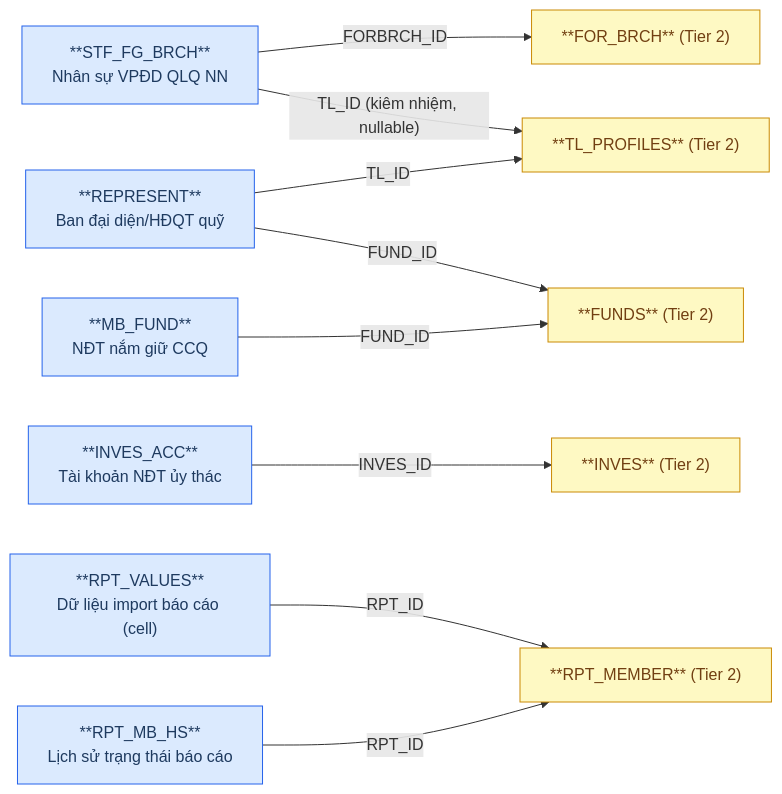
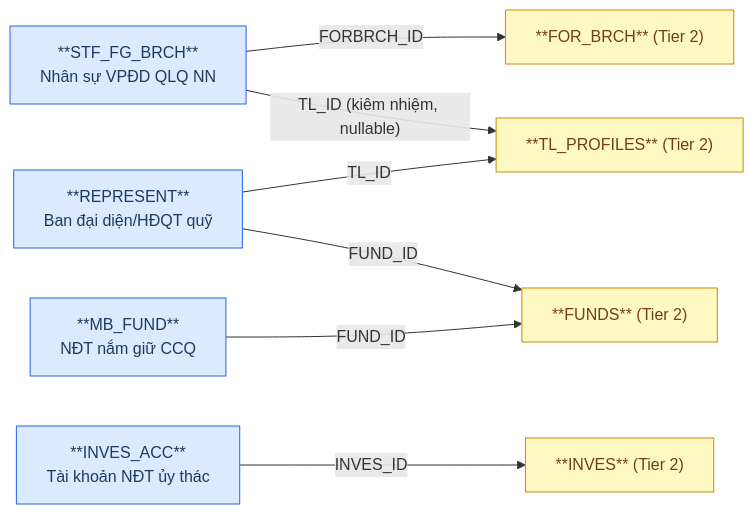
Before and after one commit to linhlvit/ubck_atomic_design: the first of 2 diagrams in DataModel/working/Atomic/hld/FMS_HLD_Tier3.md, drawn with Mermaid. The commit also changed other lines of this file and 472 other files, not shown here.

````diff
--- a/DataModel/working/Atomic/hld/FMS_HLD_Tier3.md
+++ b/DataModel/working/Atomic/hld/FMS_HLD_Tier3.md
@@ -25,27 +23,22 @@
 ```mermaid
 graph LR
     classDef src fill:#dbeafe,stroke:#2563eb,color:#1e3a5f
     classDef outscope fill:#fef9c3,stroke:#ca8a04,color:#713f12
 
     STF_FG_BRCH["**STF_FG_BRCH**\nNhân sự VPĐD QLQ NN"]:::src
     REPRESENT["**REPRESENT**\nBan đại diện/HĐQT quỹ"]:::src
     MB_FUND["**MB_FUND**\nNĐT nắm giữ CCQ"]:::src
     INVES_ACC["**INVES_ACC**\nTài khoản NĐT ủy thác"]:::src
-    RPT_VALUES["**RPT_VALUES**\nDữ liệu import báo cáo (cell)"]:::src
-    RPT_MB_HS["**RPT_MB_HS**\nLịch sử trạng thái báo cáo"]:::src
 
     FOR_BRCH["**FOR_BRCH** (Tier 2)"]:::outscope
     TL_PROFILES["**TL_PROFILES** (Tier 2)"]:::outscope
     FUNDS["**FUNDS** (Tier 2)"]:::outscope
     INVES["**INVES** (Tier 2)"]:::outscope
-    RPT_MEMBER["**RPT_MEMBER** (Tier 2)"]:::outscope
 
     STF_FG_BRCH -->|"FORBRCH_ID"| FOR_BRCH
     STF_FG_BRCH -->|"TL_ID (kiêm nhiệm, nullable)"| TL_PROFILES
     REPRESENT -->|"FUND_ID"| FUNDS
     REPRESENT -->|"TL_ID"| TL_PROFILES
     MB_FUND -->|"FUND_ID"| FUNDS
     INVES_ACC -->|"INVES_ID"| INVES
-    RPT_VALUES -->|"RPT_ID"| RPT_MEMBER
-    RPT_MB_HS -->|"RPT_ID"| RPT_MEMBER
 ```
````
